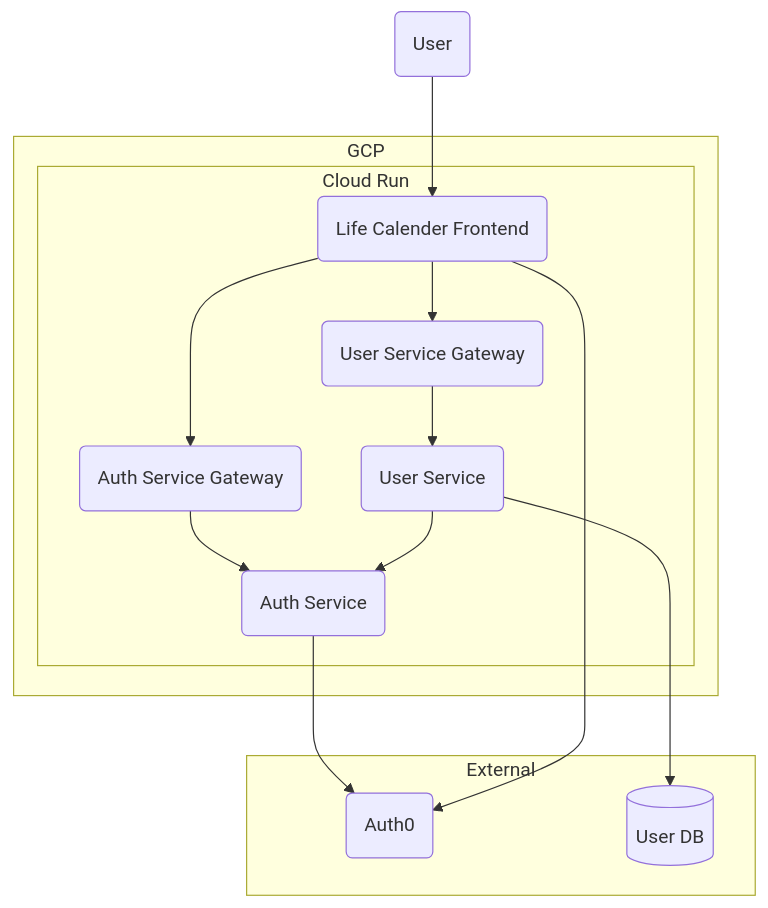
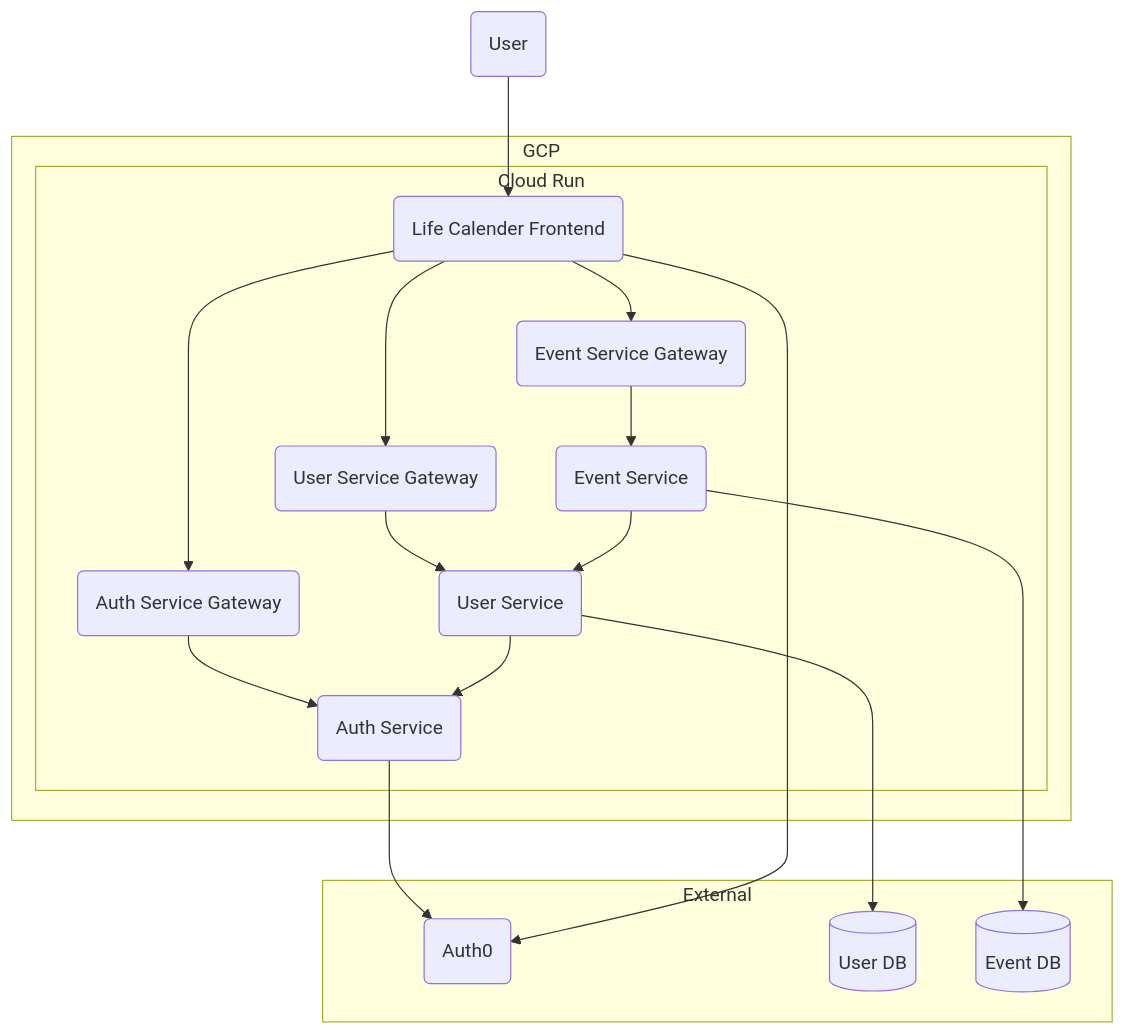
One commit to qkitzero/life-calendar changed the diagram in README.md. Above: the diagram before and after it, drawn with Mermaid.

Commit message:
add: event service

````diff
--- a/README.md
+++ b/README.md
@@ -7,27 +7,33 @@
 ```mermaid
 flowchart TD
     user(User)
 
     subgraph gcp[GCP]
         subgraph cloud_run[Cloud Run]
             life_calendar_frontend(Life Calender Frontend)
             auth_service(Auth Service)
             user_service(User Service)
+            event_service(Event Service)
             auth_service_gateway(Auth Service Gateway)
             user_service_gateway(User Service Gateway)
+            event_service_gateway(Event Service Gateway)
         end
     end
 
     subgraph external[External]
         auth0(Auth0)
         user_db[(User DB)]
+        event_db[(Event DB)]
     end
 
     user --> life_calendar_frontend
     life_calendar_frontend --> auth_service_gateway --> auth_service
     life_calendar_frontend --> user_service_gateway --> user_service
+    life_calendar_frontend --> event_service_gateway --> event_service
     user_service --> auth_service
+    event_service --> user_service
     user_service --> user_db
+    event_service --> event_db
     auth_service --> auth0
     life_calendar_frontend --> auth0
 ```
````
